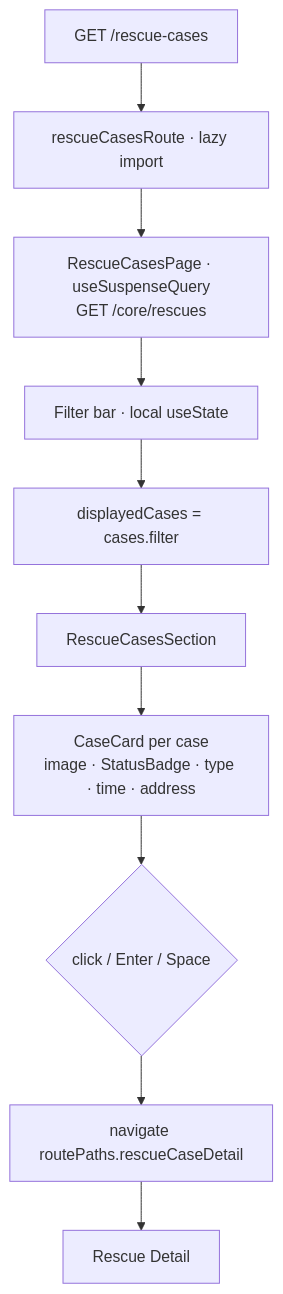
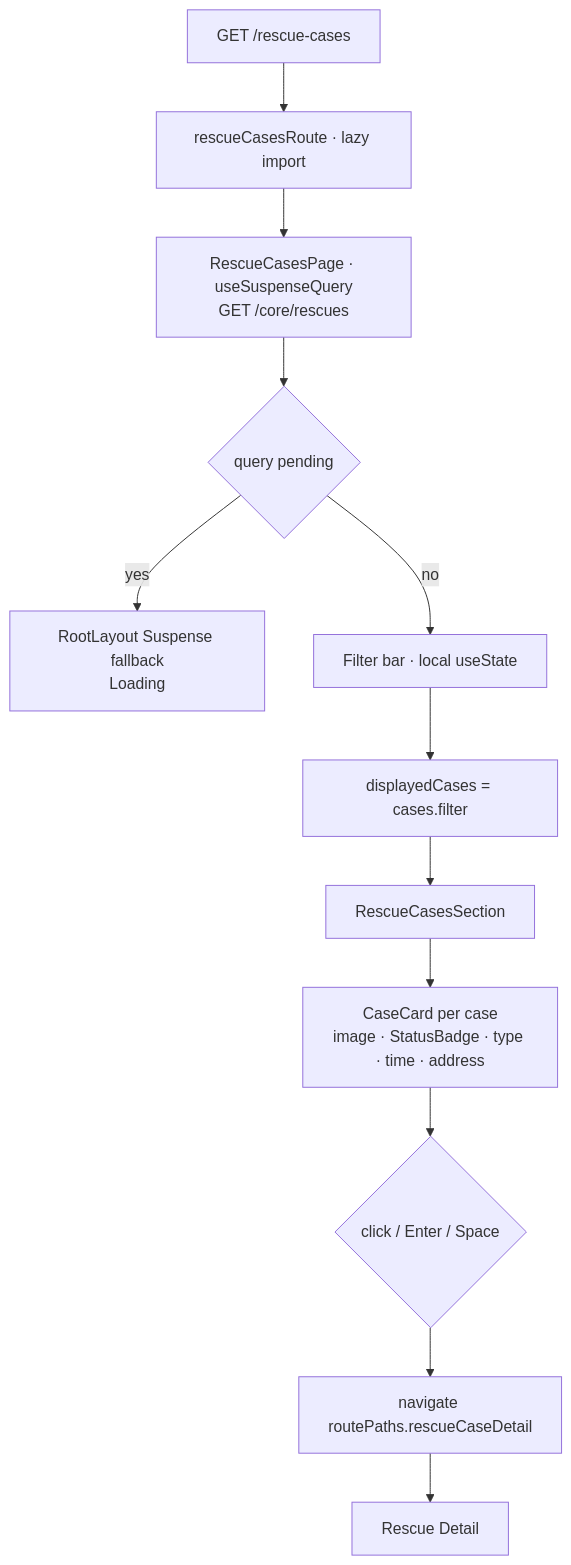
One commit to aoda-zhang/PawHaven-FullStack-React-NodeJS changed the diagram in docs/features/04-rescue-cases.md. Above: the diagram before and after it, drawn with Mermaid. The commit also changed other lines of this file and 13 other files, not shown here.

Commit message:
fix(portal): use layout suspense for global page loading

````diff
--- a/docs/features/04-rescue-cases.md
+++ b/docs/features/04-rescue-cases.md
@@ -63,12 +68,14 @@
 ```mermaid
 flowchart TD
     A[GET /rescue-cases] --> B[rescueCasesRoute · lazy import]
     B --> C[RescueCasesPage · useSuspenseQuery<br/>GET /core/rescues]
-    C --> D[Filter bar · local useState]
+    C --> P{query pending}
+    P -->|yes| Q[RootLayout Suspense fallback<br/>Loading]
+    P -->|no| D[Filter bar · local useState]
     D --> E[displayedCases = cases.filter]
     E --> F[RescueCasesSection]
     F --> G[CaseCard per case<br/>image · StatusBadge · type · time · address]
     G --> H{click / Enter / Space}
     H --> I[navigate routePaths.rescueCaseDetail]
     I --> J[Rescue Detail]
 ```
````
